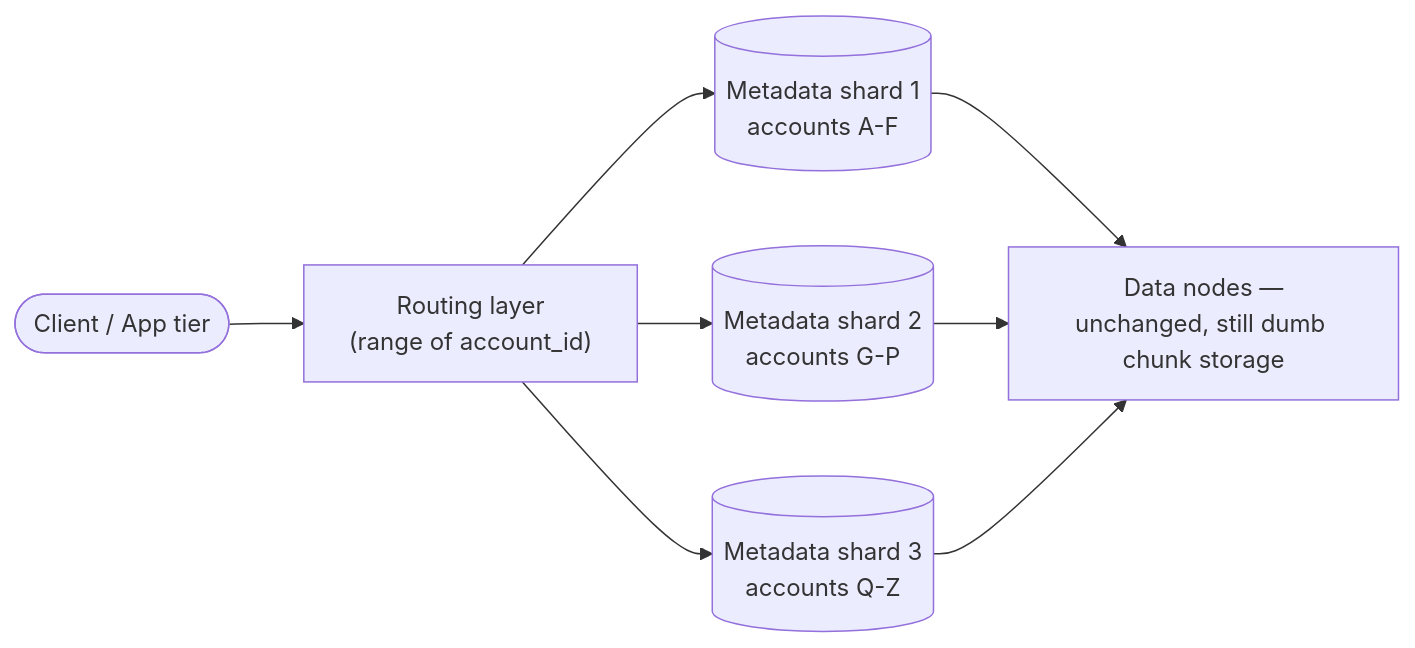
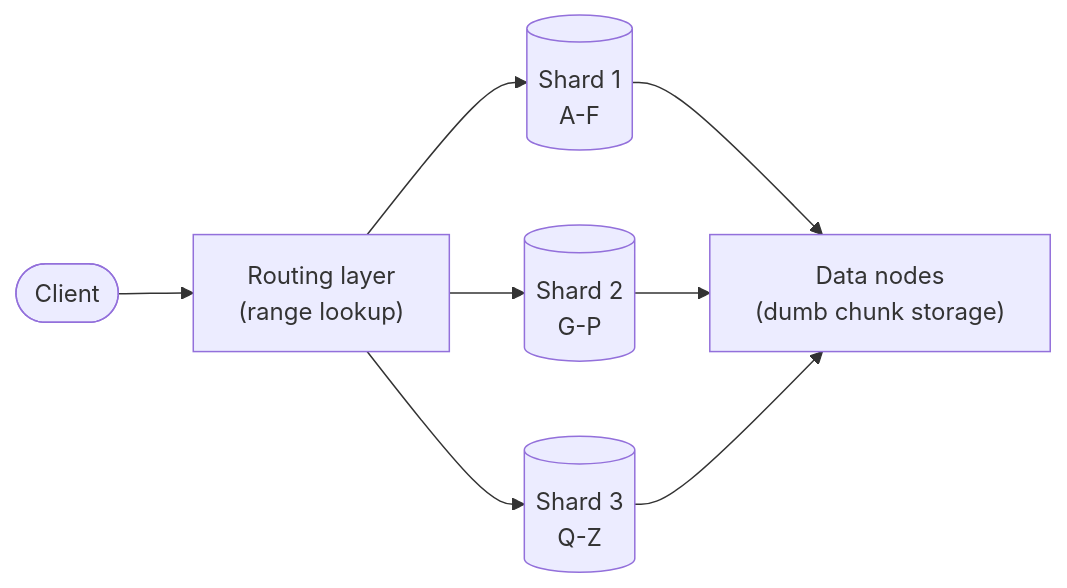
Before and after one commit to riyaz-pasha/Learnings: diagram 13 of 16 in system-design/HLD/0-course/20-Blob-Store-FAANG-Guide-story.md, drawn with Mermaid. The commit also changed other lines of this file and 1 other file, not shown here.

First line of the commit message:
improve readability and fix mermaid diagrams for Blob Store guides

````diff
--- a/system-design/HLD/0-course/20-Blob-Store-FAANG-Guide-story.md
+++ b/system-design/HLD/0-course/20-Blob-Store-FAANG-Guide-story.md
@@ -334,10 +595,10 @@
 ```mermaid
 flowchart LR
-    C([Client / App tier]) --> R["Routing layer\n(range of account_id)"]
-    R --> M1[("Metadata shard 1\naccounts A-F")]
-    R --> M2[("Metadata shard 2\naccounts G-P")]
-    R --> M3[("Metadata shard 3\naccounts Q-Z")]
-    M1 --> DN["Data nodes —\nunchanged, still dumb chunk storage"]
+    C([Client]) --> R["Routing layer\n(range lookup)"]
+    R --> M1[("Shard 1\nA-F")]
+    R --> M2[("Shard 2\nG-P")]
+    R --> M3[("Shard 3\nQ-Z")]
+    M1 --> DN["Data nodes\n(dumb chunk storage)"]
     M2 --> DN
     M3 --> DN
 ```
````
